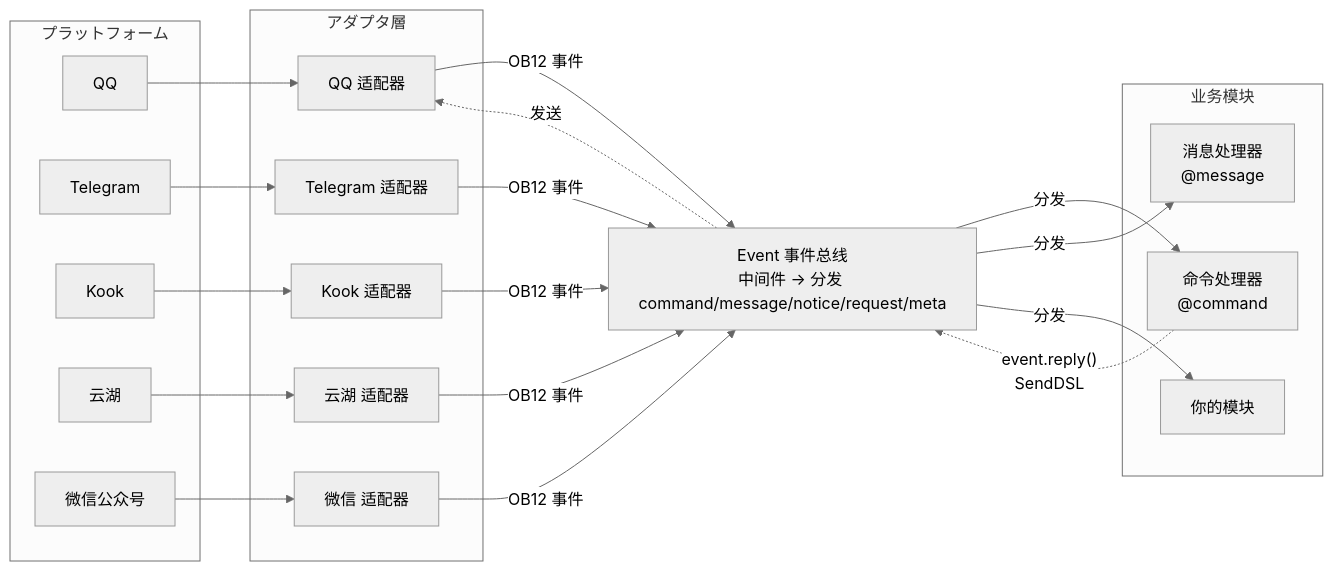
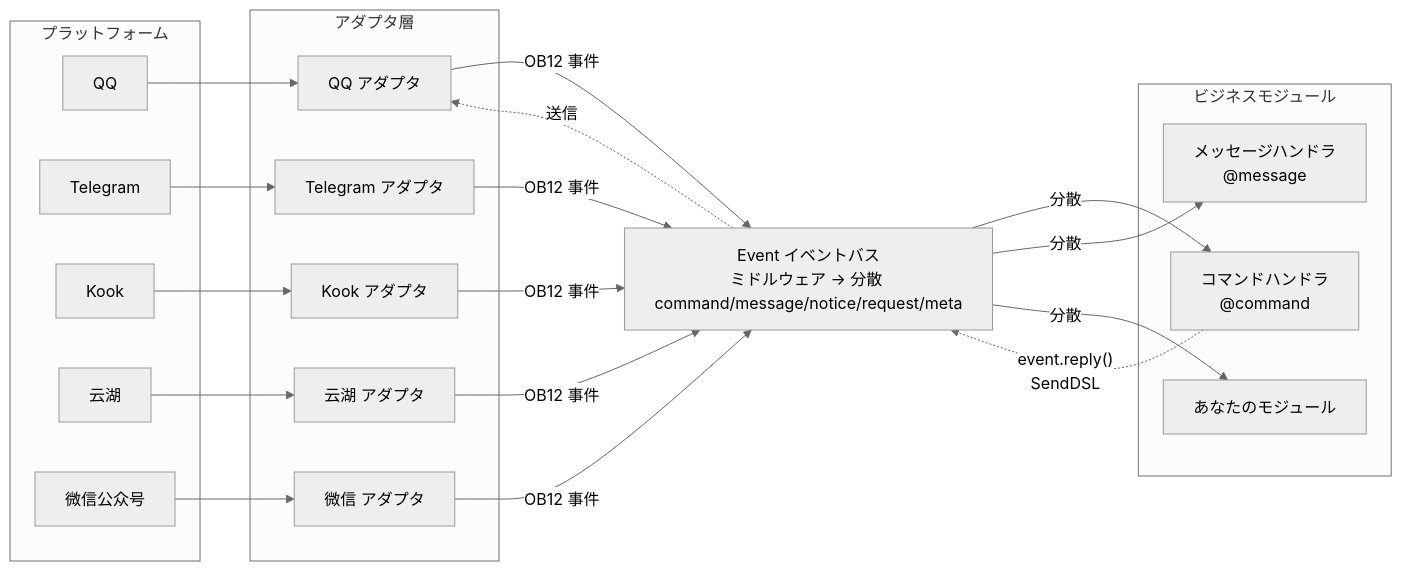
Before and after one commit to ErisPulse/ErisPulse: the first of 2 diagrams in README.ja.md, drawn with Mermaid (neutral theme). The commit also changed other lines of this file and 622 other files, not shown here.

````diff
--- a/README.ja.md
+++ b/README.ja.md
@@ -152,45 +152,45 @@
 ```mermaid
 graph LR
     subgraph Platforms[プラットフォーム]
         QQ["QQ"]
         TG["Telegram"]
         Kook["Kook"]
         YH["云湖"]
         WX["微信公众号"]
     end
 
     subgraph Adapters[アダプタ層]
-        A1["QQ 适配器"]
-        A2["Telegram 适配器"]
-        A3["Kook 适配器"]
-        A4["云湖 适配器"]
-        A5["微信 适配器"]
+        A1["QQ アダプタ"]
+        A2["Telegram アダプタ"]
+        A3["Kook アダプタ"]
+        A4["云湖 アダプタ"]
+        A5["微信 アダプタ"]
     end
 
-    Event["Event 事件总线<br/>中间件 → 分发 command/message/notice/request/meta"]
+    Event["Event イベントバス<br/>ミドルウェア → 分散 command/message/notice/request/meta"]
 
-    subgraph Modules[业务模块]
-        M1["命令处理器<br/>@command"]
-        M2["消息处理器<br/>@message"]
-        M3["你的模块"]
+    subgraph Modules[ビジネスモジュール]
+        M1["コマンドハンドラ<br/>@command"]
+        M2["メッセージハンドラ<br/>@message"]
+        M3["あなたのモジュール"]
     end
 
     QQ --> A1
     TG --> A2
     Kook --> A3
     YH --> A4
     WX --> A5
 
     A1 -->|"OB12 事件"| Event
     A2 -->|"OB12 事件"| Event
     A3 -->|"OB12 事件"| Event
     A4 -->|"OB12 事件"| Event
     A5 -->|"OB12 事件"| Event
 
-    Event -->|"分发"| M1
-    Event -->|"分发"| M2
-    Event -->|"分发"| M3
+    Event -->|"分散"| M1
+    Event -->|"分散"| M2
+    Event -->|"分散"| M3
 
     M1 -.->|"event.reply()<br/>SendDSL"| Event
-    Event -.->|"发送"| A1
+    Event -.->|"送信"| A1
 ```
````
